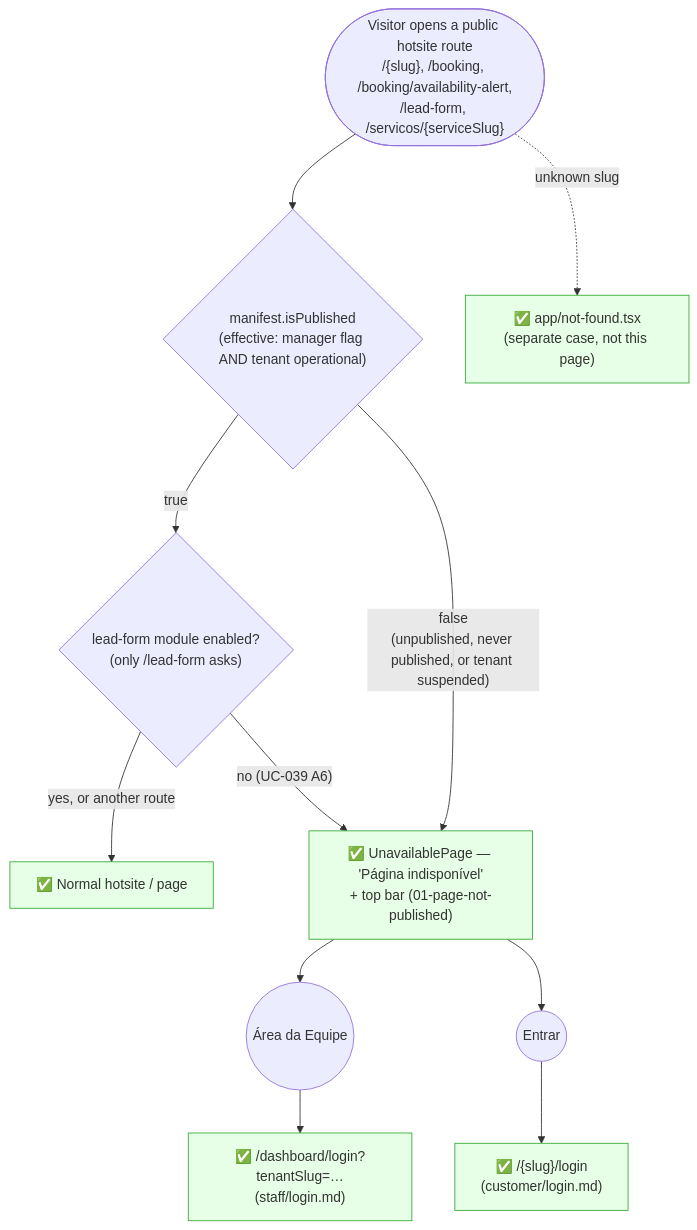
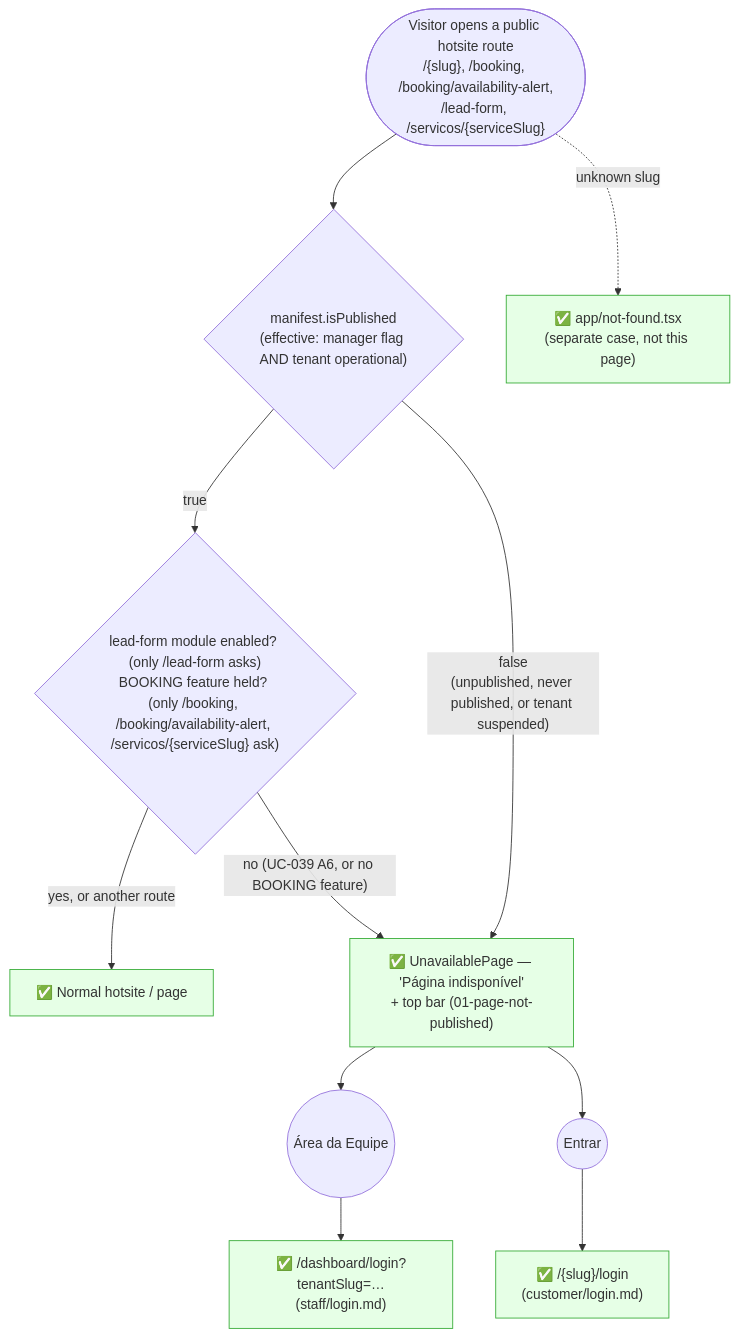
The diagram in journeys/guest/unpublished-hotsite.md (lmmoreira/ikaro), drawn with Mermaid before and after one commit. The commit also changed 27 other files, not shown here.

````diff
--- a/journeys/guest/unpublished-hotsite.md
+++ b/journeys/guest/unpublished-hotsite.md
@@ -12,16 +12,16 @@
 ```mermaid
 flowchart TD
     classDef existing fill:#e6ffe6,stroke:#3a3
     classDef gap stroke:#f00,stroke-dasharray: 5 5,fill:#fee
 
     Visit(["Visitor opens a public hotsite route<br/>/{slug}, /booking, /booking/availability-alert,<br/>/lead-form, /servicos/{serviceSlug}"]) --> Manifest{"manifest.isPublished<br/>(effective: manager flag AND tenant operational)"}
-    Manifest -- "true" --> Module{"lead-form module enabled?<br/>(only /lead-form asks)"}
+    Manifest -- "true" --> Module{"lead-form module enabled? (only /lead-form asks)<br/>BOOKING feature held? (only /booking, /booking/availability-alert, /servicos/{serviceSlug} ask)"}
     Module -- "yes, or another route" --> Site["✅ Normal hotsite / page"]
-    Module -- "no (UC-039 A6)" --> Unavailable
+    Module -- "no (UC-039 A6, or no BOOKING feature)" --> Unavailable
     Manifest -- "false<br/>(unpublished, never published, or tenant suspended)" --> Unavailable["✅ UnavailablePage — 'Página indisponível'<br/>+ top bar (01-page-not-published)"]
     Unavailable --> Team(("Área da Equipe")) --> StaffLogin["✅ /dashboard/login?tenantSlug=…<br/>(staff/login.md)"]
     Unavailable --> Customer(("Entrar")) --> CustLogin["✅ /{slug}/login<br/>(customer/login.md)"]
     Visit -. "unknown slug" .-> NotFound["✅ app/not-found.tsx<br/>(separate case, not this page)"]
 
     class Site,StaffLogin,CustLogin,NotFound,Unavailable existing
 ```
````
